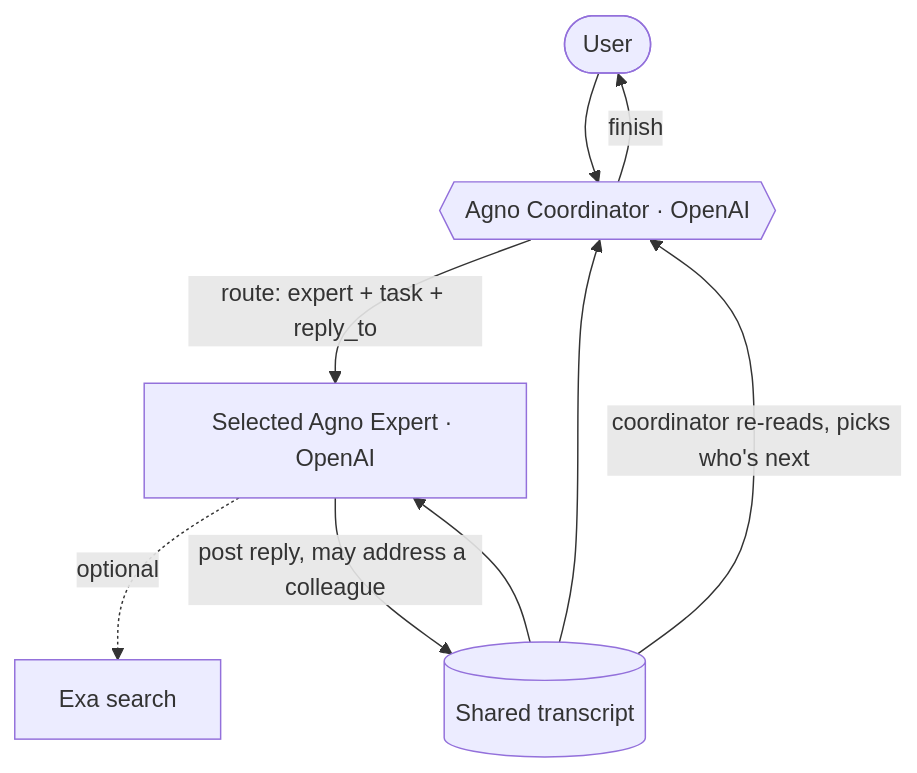
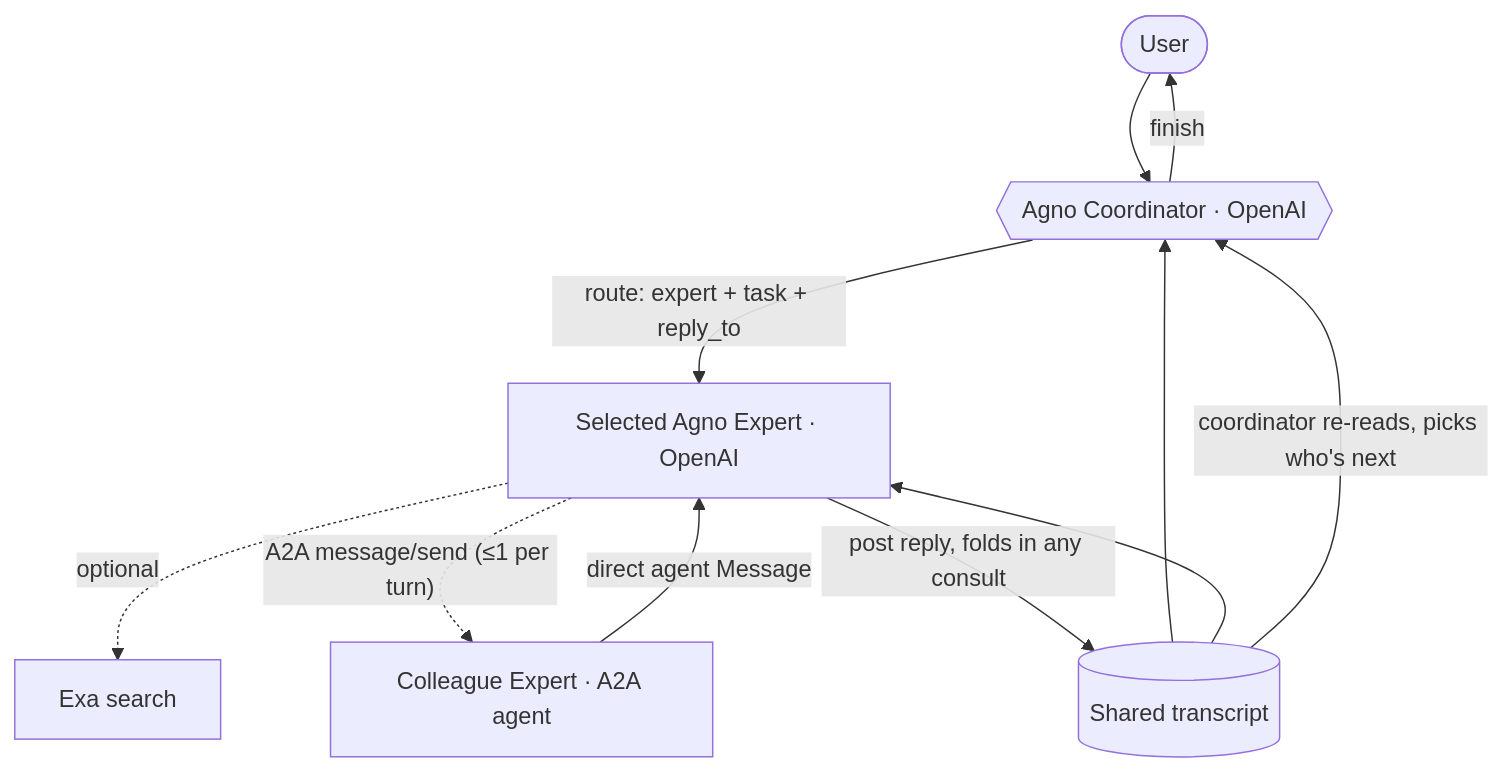
One commit to lucifertrj/idea-room changed the diagram in communication_flow.md. Above: the diagram before and after it, drawn with Mermaid. The commit also changed other lines of this file and 6 other files, not shown here.

````diff
--- a/communication_flow.md
+++ b/communication_flow.md
@@ -1,13 +1,15 @@
 ```mermaid
 flowchart TD
     User([User]) --> Coord{{Agno Coordinator · OpenAI}}
     Transcript[(Shared transcript)] --> Coord
 
     Coord -->|finish| User
     Coord -->|route: expert + task + reply_to| Expert[Selected Agno Expert · OpenAI]
 
     Transcript --> Expert
     Expert -.optional.-> Exa[Exa search]
-    Expert -->|post reply, may address a colleague| Transcript
+    Expert -.A2A message/send (≤1 per turn).-> Colleague[Colleague Expert · A2A agent]
+    Colleague -->|direct agent Message| Expert
+    Expert -->|post reply, folds in any consult| Transcript
     Transcript -->|coordinator re-reads, picks who's next| Coord
 ```
````
